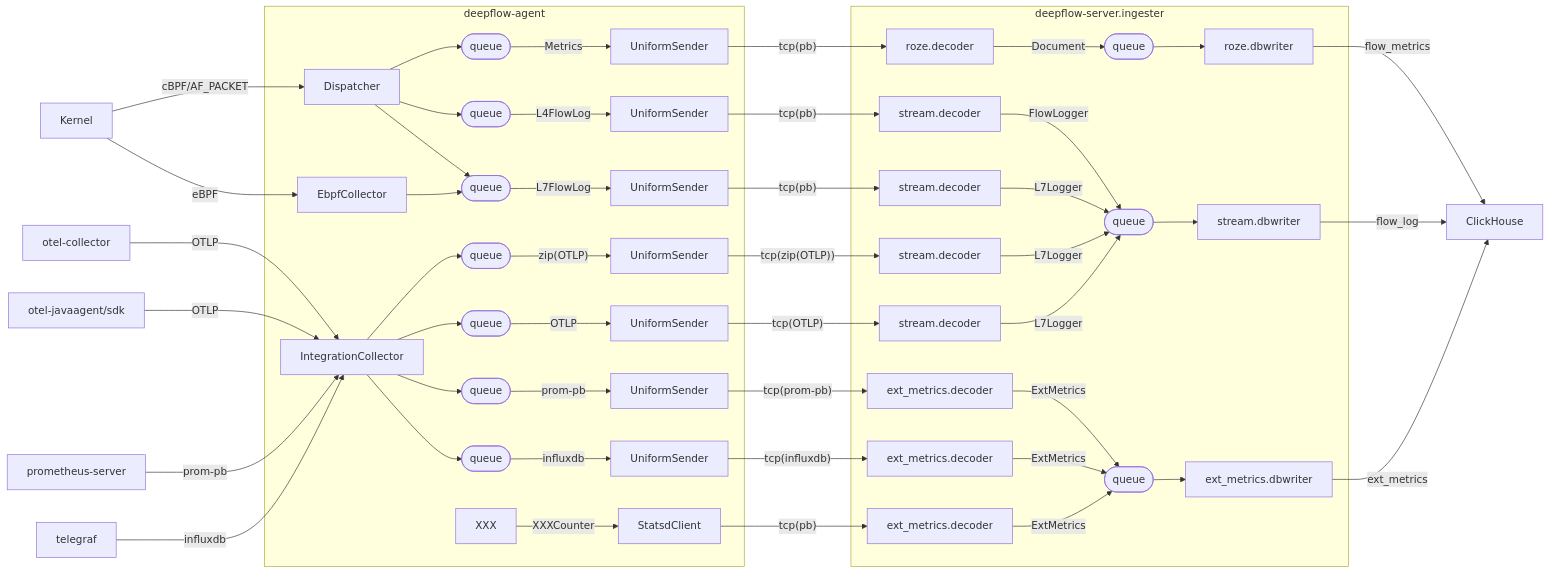
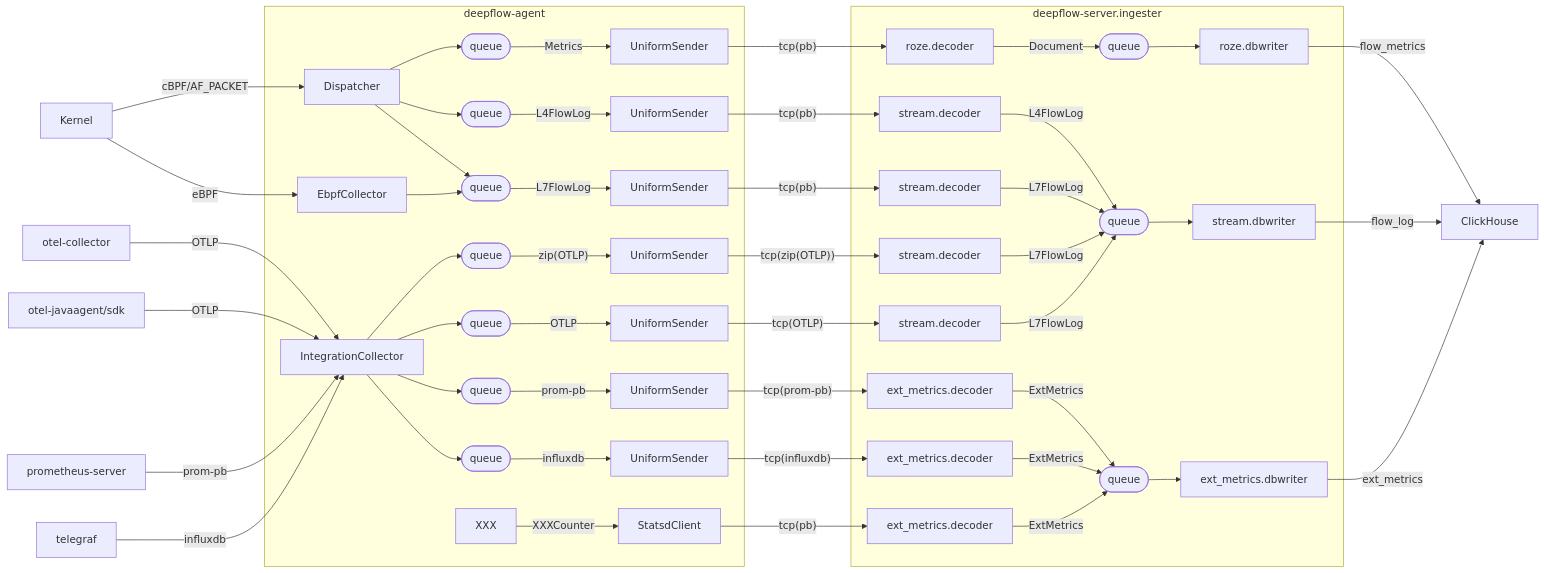
Before and after one commit to deepflowio/deepflow: the first of 4 diagrams in docs/design/data-flow.md, drawn with Mermaid. The commit also changed other lines of this file, not shown here.

Commit message:
[DOC] add data-flow for meta collection

````diff
--- a/docs/design/data-flow.md
+++ b/docs/design/data-flow.md
@@ -5,66 +5,66 @@
 ```mermaid
 flowchart LR
 
 subgraph deepflow-agent
   Dispatcher
   EbpfCollector
   IntegrationCollector
   XXX
   StatsdClient
   agent.queue.1(["queue"])
   agent.queue.2(["queue"])
   agent.queue.3(["queue"])
   agent.queue.4(["queue"])
   agent.queue.5(["queue"])
   agent.queue.6(["queue"])
   agent.queue.7(["queue"])
   UniformSender.1["UniformSender"]
   UniformSender.2["UniformSender"]
   UniformSender.3["UniformSender"]
   UniformSender.4["UniformSender"]
   UniformSender.5["UniformSender"]
   UniformSender.6["UniformSender"]
   UniformSender.7["UniformSender"]
 end
 
 subgraph deepflow-server.ingester
   roze.decoder
   stream.decoder.1["stream.decoder"]
   stream.decoder.2["stream.decoder"]
   stream.decoder.3["stream.decoder"]
   stream.decoder.4["stream.decoder"]
   ext_metrics.decoder.1["ext_metrics.decoder"]
   ext_metrics.decoder.2["ext_metrics.decoder"]
   ext_metrics.decoder.3["ext_metrics.decoder"]
   ingester.queue.1(["queue"])
   ingester.queue.2(["queue"])
   ingester.queue.3(["queue"])
   roze.dbwriter
   stream.dbwriter
   ext_metrics.dbwriter
 end
 
 Kernel -->|cBPF/AF_PACKET| Dispatcher
 Dispatcher --> agent.queue.1 -->|Metrics| UniformSender.1 -->|"tcp(pb)"| roze.decoder -->|Document| ingester.queue.1 --> roze.dbwriter
-Dispatcher --> agent.queue.2 -->|L4FlowLog| UniformSender.2 -->|"tcp(pb)"| stream.decoder.1 -->|FlowLogger| ingester.queue.2 --> stream.dbwriter
-Dispatcher --> agent.queue.3 -->|L7FlowLog| UniformSender.3 -->|"tcp(pb)"| stream.decoder.2 -->|L7Logger| ingester.queue.2
+Dispatcher --> agent.queue.2 -->|L4FlowLog| UniformSender.2 -->|"tcp(pb)"| stream.decoder.1 -->|L4FlowLog| ingester.queue.2 --> stream.dbwriter
+Dispatcher --> agent.queue.3 -->|L7FlowLog| UniformSender.3 -->|"tcp(pb)"| stream.decoder.2 -->|L7FlowLog| ingester.queue.2
 
 Kernel -->|eBPF| EbpfCollector
 EbpfCollector --> agent.queue.3
 
 otel-collector -->|OTLP| IntegrationCollector
 otel-javaagent/sdk -->|OTLP| IntegrationCollector
-IntegrationCollector --> agent.queue.4 -->|"zip(OTLP)"| UniformSender.4 -->|"tcp(zip(OTLP))"| stream.decoder.3 -->|L7Logger| ingester.queue.2
-IntegrationCollector --> agent.queue.5 -->|OTLP| UniformSender.5 -->|"tcp(OTLP)"| stream.decoder.4 -->|L7Logger| ingester.queue.2
+IntegrationCollector --> agent.queue.4 -->|"zip(OTLP)"| UniformSender.4 -->|"tcp(zip(OTLP))"| stream.decoder.3 -->|L7FlowLog| ingester.queue.2
+IntegrationCollector --> agent.queue.5 -->|OTLP| UniformSender.5 -->|"tcp(OTLP)"| stream.decoder.4 -->|L7FlowLog| ingester.queue.2
 
 prometheus-server -->|prom-pb| IntegrationCollector
 telegraf -->|influxdb| IntegrationCollector
 IntegrationCollector --> agent.queue.6 -->|prom-pb| UniformSender.6 -->|"tcp(prom-pb)"| ext_metrics.decoder.1 -->|ExtMetrics| ingester.queue.3 --> ext_metrics.dbwriter
 IntegrationCollector --> agent.queue.7 -->|influxdb| UniformSender.7 -->|"tcp(influxdb)"| ext_metrics.decoder.2 -->|ExtMetrics| ingester.queue.3
 
 XXX -->|XXXCounter| StatsdClient -->|"tcp(pb)"| ext_metrics.decoder.3 -->|ExtMetrics| ingester.queue.3
 
 roze.dbwriter -->|flow_metrics| ClickHouse
 stream.dbwriter -->|flow_log| ClickHouse
 ext_metrics.dbwriter -->|ext_metrics| ClickHouse
 ```
````
